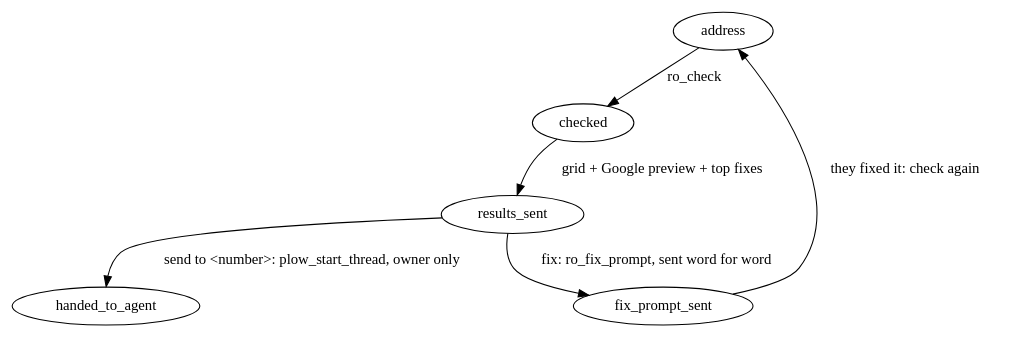
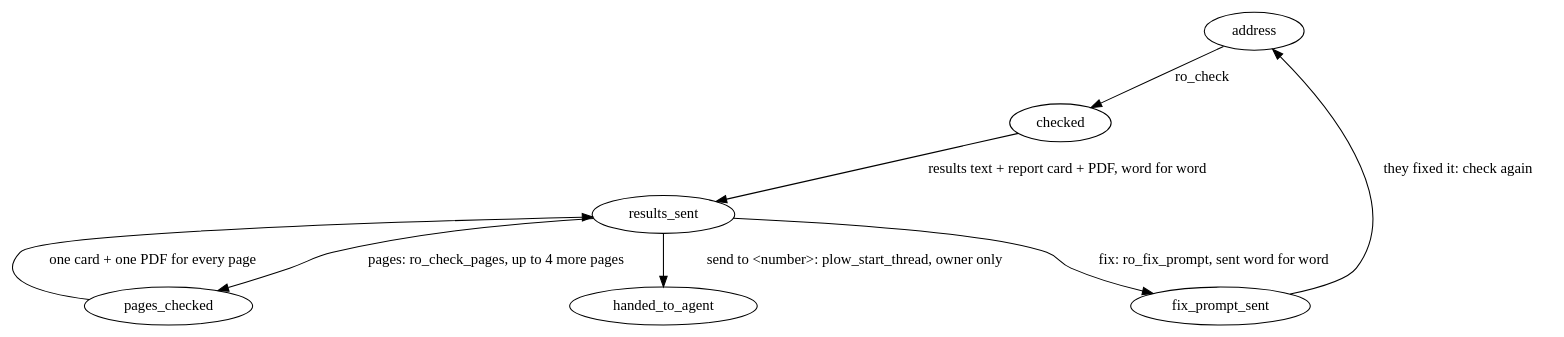
One commit to Malchiior/sitemaxxing changed the diagram in prompt/RO.md. Above: the diagram before and after it, drawn with Graphviz. The commit also changed other lines of this file and 15 other files, not shown here.

````diff
--- a/prompt/RO.md
+++ b/prompt/RO.md
@@ -12,9 +12,11 @@
 ```dot
 digraph ro {
   address -> checked [label="ro_check"];
-  checked -> results_sent [label="grid + Google preview + top fixes"];
+  checked -> results_sent [label="results text + report card + PDF, word for word"];
+  results_sent -> pages_checked [label="pages: ro_check_pages, up to 4 more pages"];
+  pages_checked -> results_sent [label="one card + one PDF for every page"];
   results_sent -> fix_prompt_sent [label="fix: ro_fix_prompt, sent word for word"];
   results_sent -> handed_to_agent [label="send to <number>: plow_start_thread, owner only"];
   fix_prompt_sent -> address [label="they fixed it: check again"];
 }
 ```
````
